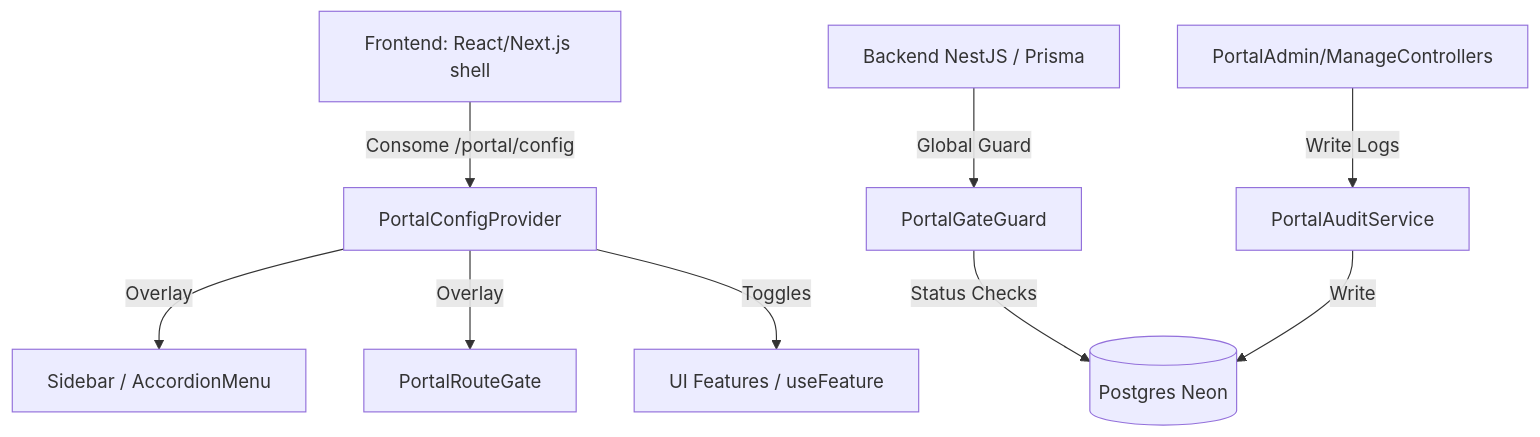
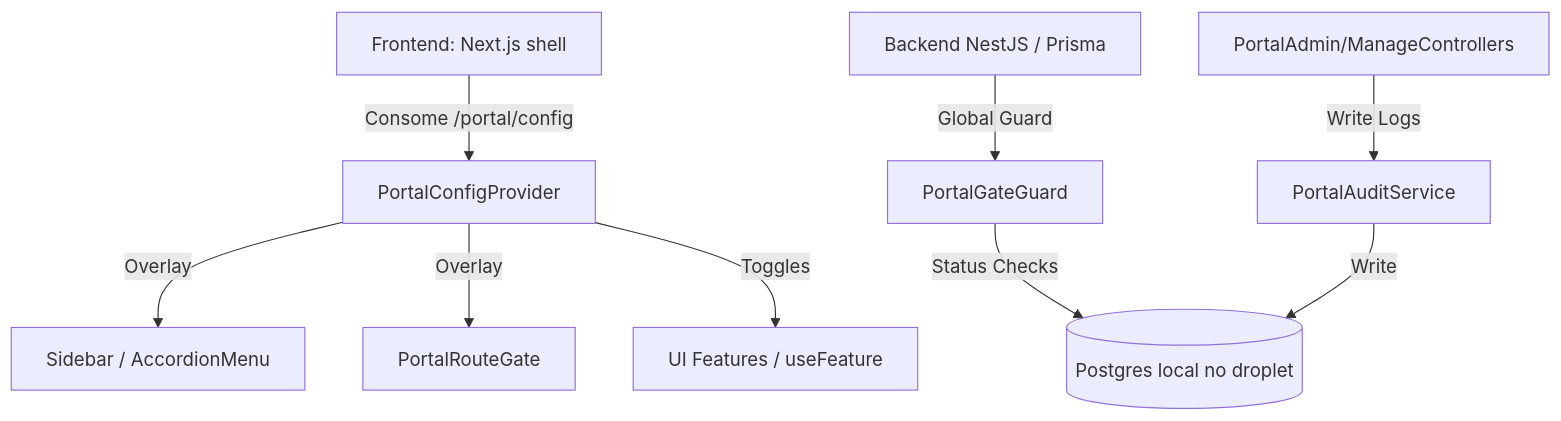
One commit to aldemirfidelis/gestao-360-indicadores changed the diagram in docs/portal-admin.md. Above: the diagram before and after it, drawn with Mermaid. The commit also changed other lines of this file and 9 other files, not shown here.

````diff
--- a/docs/portal-admin.md
+++ b/docs/portal-admin.md
@@ -16,13 +15,13 @@
 ```mermaid
 graph TD
-    UI[Frontend: React/Next.js shell] -->|Consome /portal/config| ConfigProvider[PortalConfigProvider]
+    UI[Frontend: Next.js shell] -->|Consome /portal/config| ConfigProvider[PortalConfigProvider]
     ConfigProvider -->|Overlay| Sidebar[Sidebar / AccordionMenu]
     ConfigProvider -->|Overlay| RouteGate[PortalRouteGate]
     ConfigProvider -->|Toggles| UIComponents[UI Features / useFeature]
 
     API[Backend NestJS / Prisma] -->|Global Guard| GateGuard[PortalGateGuard]
-    GateGuard -->|Status Checks| DB[(Postgres Neon)]
-    
+    GateGuard -->|Status Checks| DB[(Postgres local no droplet)]
+
     PortalController[PortalAdmin/ManageControllers] -->|Write Logs| Audit[PortalAuditService]
     Audit -->|Write| DB
 ```
````
